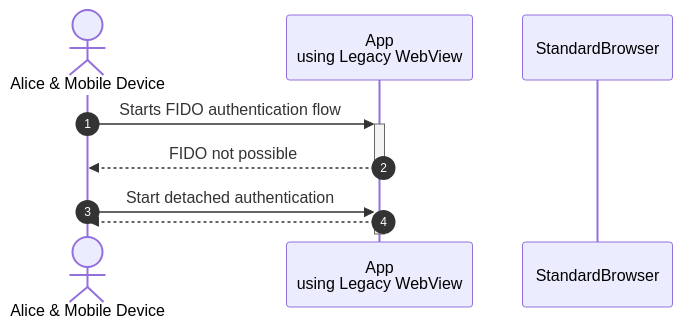
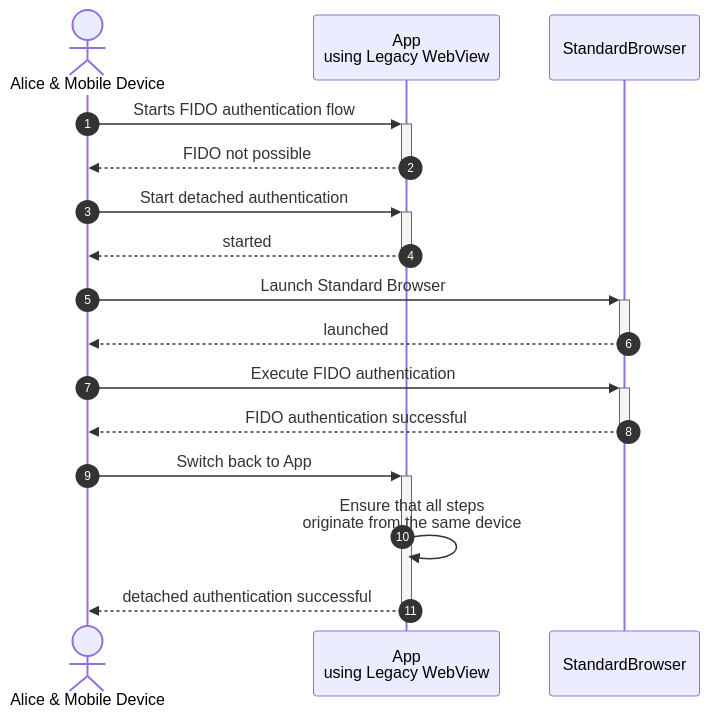
Before and after one commit to denniskniep/denniskniep.github.io: the first of 2 diagrams in content/posts/01-detached-fido-authentication.md, drawn with Mermaid.

Commit message:
Troubleshoot mermaid syntax error

````diff
--- a/content/posts/01-detached-fido-authentication.md
+++ b/content/posts/01-detached-fido-authentication.md
@@ -45,15 +45,24 @@
 ```mermaid
 
 sequenceDiagram
     autonumber
     actor Alice as Alice & Mobile Device
     participant WebView as App<br/>using Legacy WebView
     participant Browser as StandardBrowser
  
     Alice->>+WebView: Starts FIDO authentication flow
     WebView-->>-Alice: FIDO not possible
 
     Alice->>+WebView: Start detached authentication
-    WebView-->>-Alice: 
+    WebView-->>-Alice: started
 
+    Alice->>+Browser: Launch Standard Browser
+    Browser-->>-Alice: launched
+
+    Alice->>+Browser: Execute FIDO authentication
+    Browser-->>-Alice: FIDO authentication successful
+
+    Alice->>+WebView: Switch back to App
+    WebView->>WebView: Ensure that all steps <br> originate from the same device
+    WebView-->>-Alice: detached authentication successful
 ```
````
